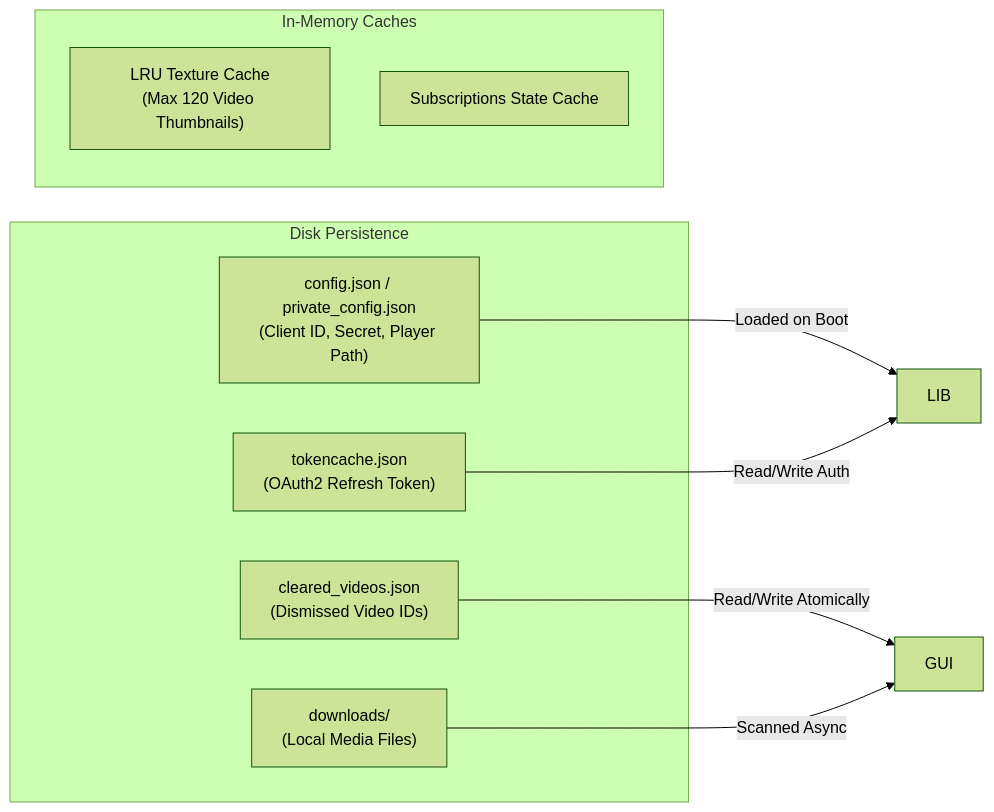
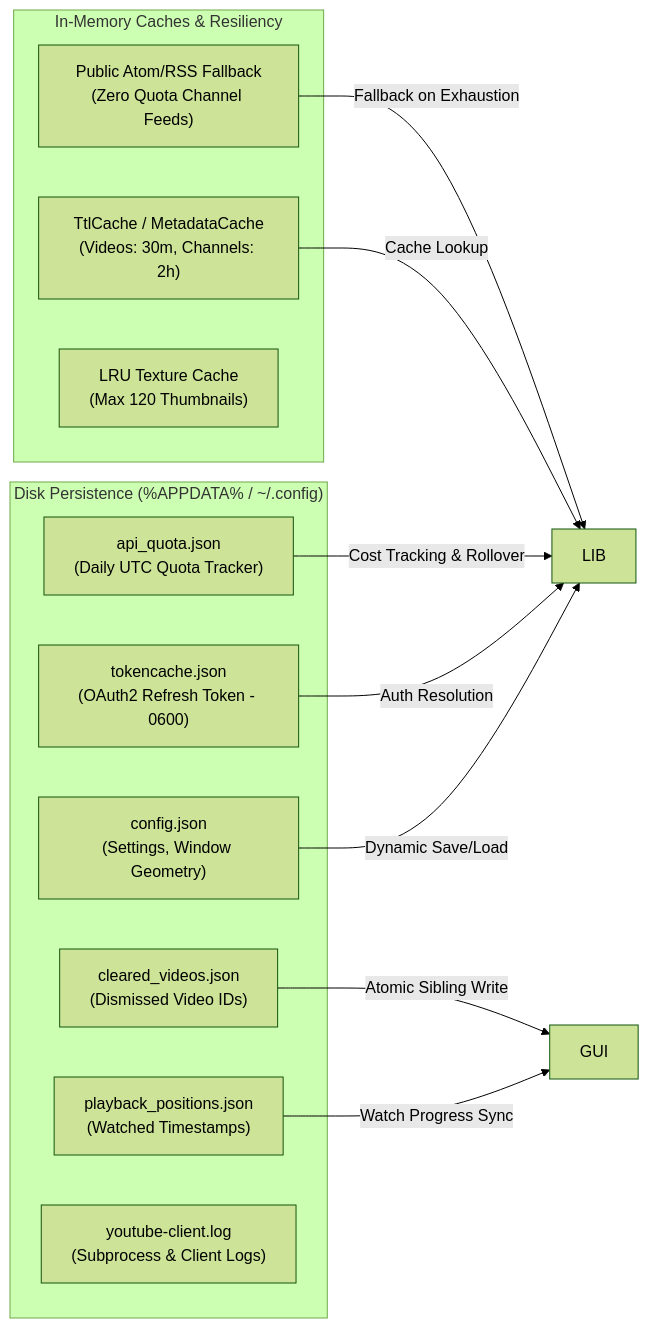
Before and after one commit to clockworkengineer/youtube-client: the fourth of 4 diagrams in docs/architecture.md, drawn with Mermaid (forest theme). The commit also changed other lines of this file and 20 other files, not shown here.

Commit message:
docs: overhaul documentation suite for v0.2.0, solid architecture, and dedicated crate readmes

````diff
--- a/docs/architecture.md
+++ b/docs/architecture.md
@@ -175,19 +134,25 @@
 ```mermaid
 graph LR
-    subgraph "Disk Persistence"
-        CONF["config.json / private_config.json<br/>(Client ID, Secret, Player Path)"]
-        TOK["tokencache.json<br/>(OAuth2 Refresh Token)"]
+    subgraph "Disk Persistence (%APPDATA% / ~/.config)"
+        CONF["config.json<br/>(Settings, Window Geometry)"]
+        TOK["tokencache.json<br/>(OAuth2 Refresh Token - 0600)"]
+        QUOTA["api_quota.json<br/>(Daily UTC Quota Tracker)"]
+        POS["playback_positions.json<br/>(Watched Timestamps)"]
         CLR["cleared_videos.json<br/>(Dismissed Video IDs)"]
-        DL["downloads/<br/>(Local Media Files)"]
+        LOG["youtube-client.log<br/>(Subprocess & Client Logs)"]
     end
 
-    subgraph "In-Memory Caches"
-        TEX["LRU Texture Cache<br/>(Max 120 Video Thumbnails)"]
-        SUB["Subscriptions State Cache"]
+    subgraph "In-Memory Caches & Resiliency"
+        TTL["TtlCache / MetadataCache<br/>(Videos: 30m, Channels: 2h)"]
+        RSS["Public Atom/RSS Fallback<br/>(Zero Quota Channel Feeds)"]
+        TEX["LRU Texture Cache<br/>(Max 120 Thumbnails)"]
     end
 
-    CONF -->|Loaded on Boot| LIB
-    TOK -->|Read/Write Auth| LIB
-    CLR -->|Read/Write Atomically| GUI
-    DL -->|Scanned Async| GUI
+    CONF -->|Dynamic Save/Load| LIB
+    TOK -->|Auth Resolution| LIB
+    QUOTA -->|Cost Tracking & Rollover| LIB
+    POS -->|Watch Progress Sync| GUI
+    CLR -->|Atomic Sibling Write| GUI
+    TTL -->|Cache Lookup| LIB
+    RSS -->|Fallback on Exhaustion| LIB
 ```
````
